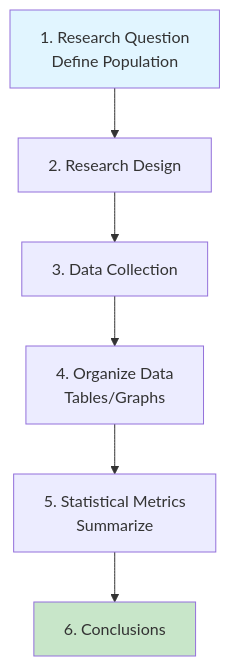
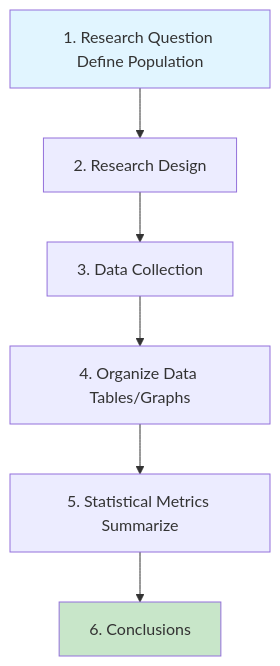
One commit to daxxac/mba-notes changed the second of 6 diagrams in docs/research-methods/lecture-01.md. Above: the diagram before and after it, drawn with Mermaid. The commit also changed other lines of this file and 4 other files, not shown here.

First line of the commit message:
Fix Mermaid diagram parsing errors: replace <br/> with spaces

````diff
--- a/docs/research-methods/lecture-01.md
+++ b/docs/research-methods/lecture-01.md
@@ -95,11 +95,11 @@
 ```mermaid
 flowchart TD
-    A[1. Research Question<br/>Define Population] --> B[2. Research Design]
+    A[1. Research Question Define Population] --> B[2. Research Design]
     B --> C[3. Data Collection]
-    C --> D[4. Organize Data<br/>Tables/Graphs]
-    D --> E[5. Statistical Metrics<br/>Summarize]
+    C --> D[4. Organize Data Tables/Graphs]
+    D --> E[5. Statistical Metrics Summarize]
     E --> F[6. Conclusions]
     
     style A fill:#e1f5ff
     style F fill:#c8e6c9
 ```
````
